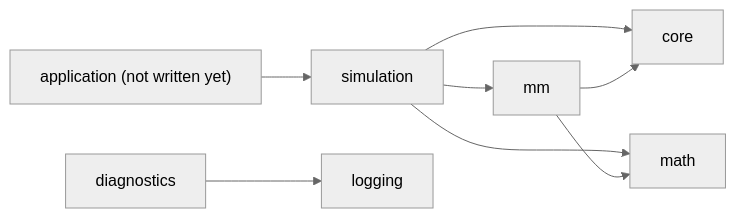
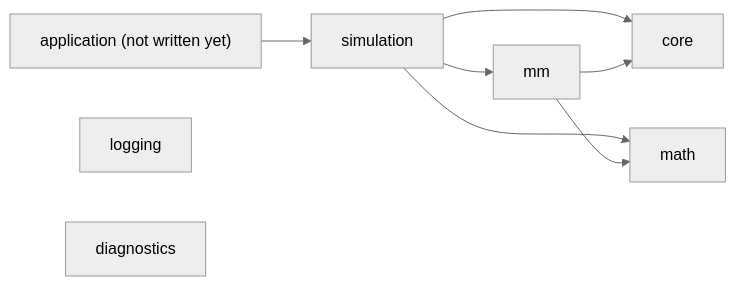
The diagram in docs/architecture/README.md (GuillaumeLaurin/MarketMakingSimulator), drawn with Mermaid (neutral theme) before and after one commit. The commit also changed 9 other files, not shown here.

Commit message:
feat(docs): enhance architecture documentation with detailed module descriptions and dependencies

````diff
--- a/docs/architecture/README.md
+++ b/docs/architecture/README.md
@@ -12,10 +12,11 @@
 ```mermaid
 flowchart LR
     app["application (not written yet)"] --> sim[simulation]
     sim --> mm
     sim --> core
     sim --> math
     mm --> core
     mm --> math
-    diagnostics --> logging
+    logging
+    diagnostics
 ```
````
